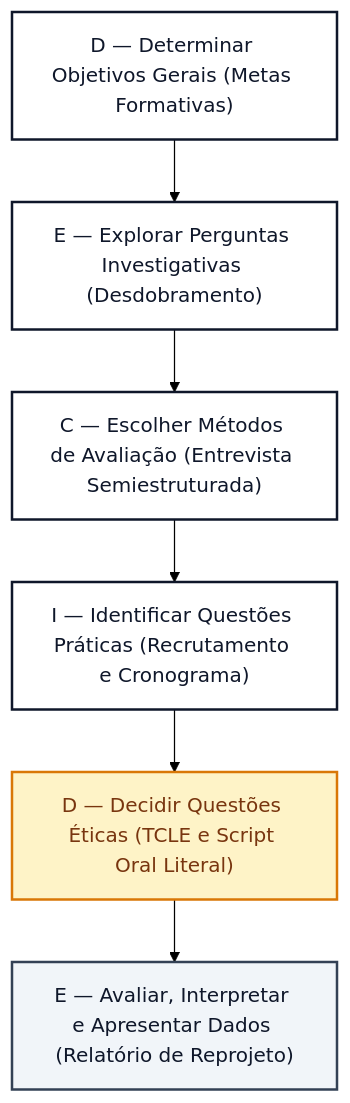
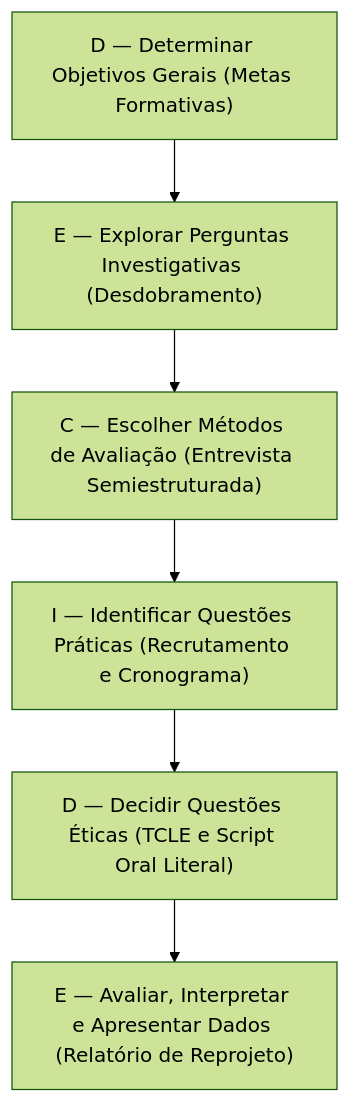
Before and after one commit to Interacao-Humano-Computador/2026.2-Grupo08: the diagram in docs/design-avaliacao-desenvolvimento/nivel-1/storyboard/planejamento-avaliacao.md, drawn with Mermaid (forest theme). The commit also changed 1 other file, not shown here.

Commit message:
fix(a11y): corrige contraste e renderizacao do diagrama Mermaid em modo escuro e alto contraste

````diff
--- a/docs/design-avaliacao-desenvolvimento/nivel-1/storyboard/planejamento-avaliacao.md
+++ b/docs/design-avaliacao-desenvolvimento/nivel-1/storyboard/planejamento-avaliacao.md
@@ -54,19 +54,15 @@
 ```mermaid
 graph TD
-    classDef step fill:#FFFFFF,stroke:#0F172A,stroke-width:2px,color:#0F172A;
-    classDef ethical fill:#FEF3C7,stroke:#D97706,stroke-width:2px,color:#78350F;
-    classDef eval fill:#F1F5F9,stroke:#334155,stroke-width:2px,color:#0F172A;
-
-    D1["D — Determinar Objetivos Gerais (Metas Formativas)"]:::step
-    E1["E — Explorar Perguntas Investigativas (Desdobramento)"]:::step
-    C1["C — Escolher Métodos de Avaliação (Entrevista Semiestruturada)"]:::step
-    I1["I — Identificar Questões Práticas (Recrutamento e Cronograma)"]:::step
-    D2["D — Decidir Questões Éticas (TCLE e Script Oral Literal)"]:::ethical
-    E2["E — Avaliar, Interpretar e Apresentar Dados (Relatório de Reprojeto)"]:::eval
+    D1["D — Determinar Objetivos Gerais (Metas Formativas)"]
+    E1["E — Explorar Perguntas Investigativas (Desdobramento)"]
+    C1["C — Escolher Métodos de Avaliação (Entrevista Semiestruturada)"]
+    I1["I — Identificar Questões Práticas (Recrutamento e Cronograma)"]
+    D2["D — Decidir Questões Éticas (TCLE e Script Oral Literal)"]
+    E2["E — Avaliar, Interpretar e Apresentar Dados (Relatório de Reprojeto)"]
 
     D1 --> E1
     E1 --> C1
     C1 --> I1
     I1 --> D2
     D2 --> E2
 ```
````
